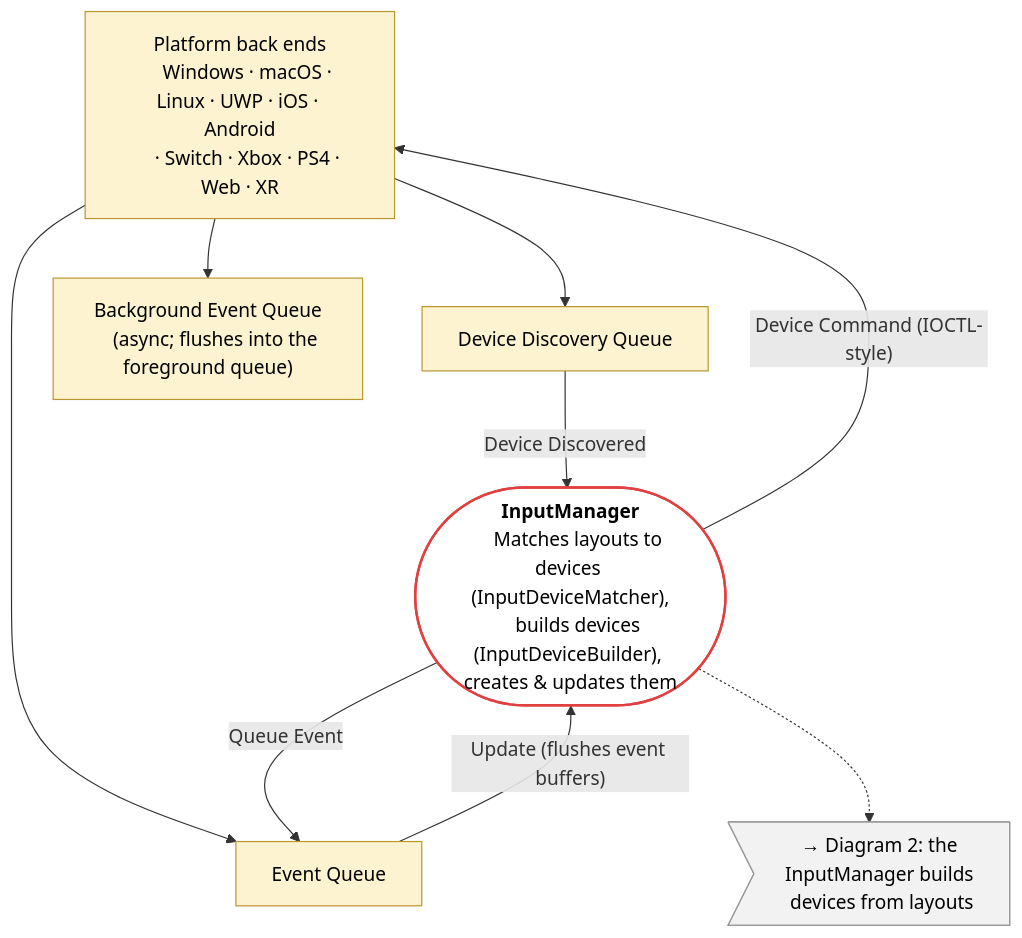
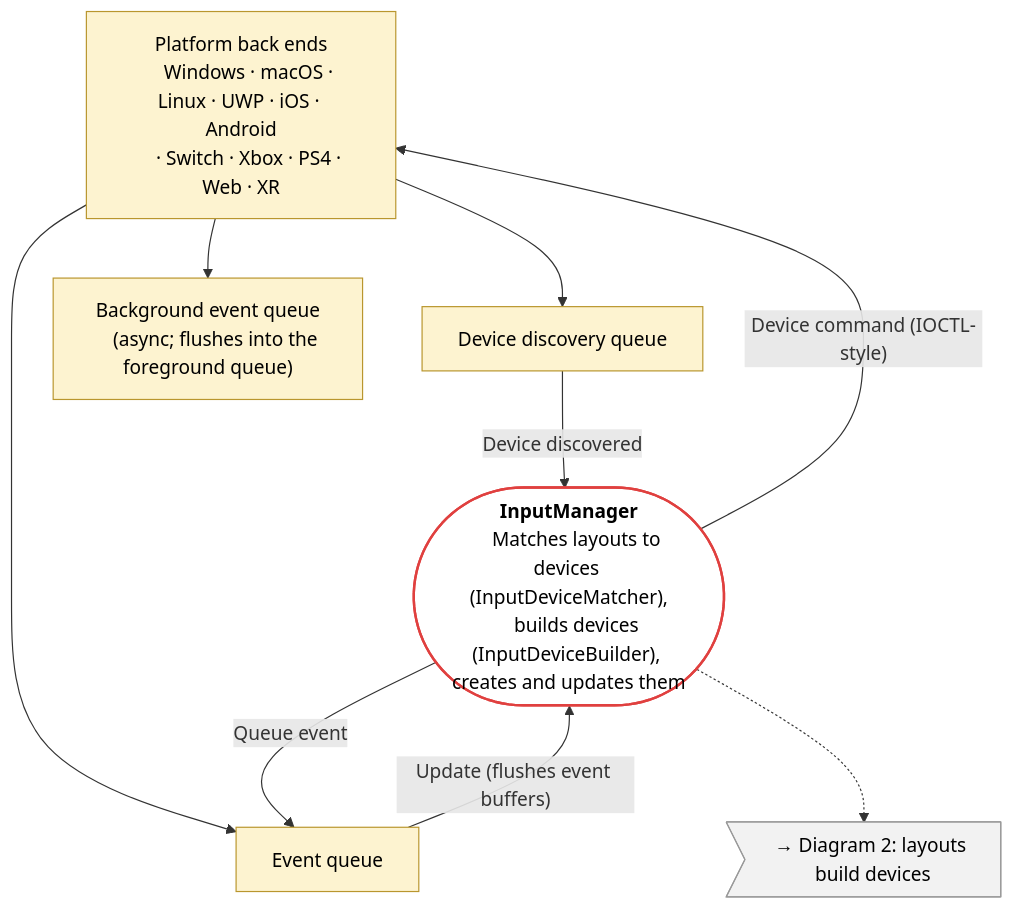
One commit to Unity-Technologies/InputSystem changed the first of 5 diagrams in Packages/com.unity.inputsystem/Documentation~/Architecture.md. Above: the diagram before and after it, drawn with Mermaid. The commit also changed other lines of this file, not shown here.

````diff
--- a/Packages/com.unity.inputsystem/Documentation~/Architecture.md
+++ b/Packages/com.unity.inputsystem/Documentation~/Architecture.md
@@ -31,29 +57,29 @@
 ```mermaid
 flowchart TB
-    %% Diagram 1 of 3: Platform back ends feed the InputManager
+    %% Diagram 1 of 3: platform back ends queue events
     backends["Platform back ends
     Windows · macOS · Linux · UWP · iOS · Android
     · Switch · Xbox · PS4 · Web · XR"]
-    DDQ["Device Discovery Queue"]
-    EQ["Event Queue"]
-    BEQ["Background Event Queue
+    DDQ["Device discovery queue"]
+    EQ["Event queue"]
+    BEQ["Background event queue
     (async; flushes into the foreground queue)"]
     InputManager(["<b>InputManager</b>
     Matches layouts to devices (InputDeviceMatcher),
-    builds devices (InputDeviceBuilder), creates & updates them"])
+    builds devices (InputDeviceBuilder), creates and updates them"])
 
     backends --> DDQ & EQ & BEQ
-    DDQ -->|"Device Discovered"| InputManager
+    DDQ -->|"Device discovered"| InputManager
     EQ -->|"Update (flushes event buffers)"| InputManager
-    InputManager -->|"Queue Event"| EQ
-    InputManager -->|"Device Command (IOCTL-style)"| backends
+    InputManager -->|"Queue event"| EQ
+    InputManager -->|"Device command (IOCTL-style)"| backends
 
-    InputManager -.-> out1>"→ Diagram 2: the InputManager builds devices from layouts"]
+    InputManager -.-> out1>"→ Diagram 2: layouts build devices"]
 
     classDef runtime fill:#fdf3d0,stroke:#b9962e,color:#000;
     classDef manager fill:#ffffff,stroke:#e0403f,stroke-width:2px,color:#000;
     classDef signpost fill:#f2f2f2,stroke:#999,color:#000;
     class backends,DDQ,EQ,BEQ runtime;
     class InputManager manager;
     class out1 signpost;
 ```
````
